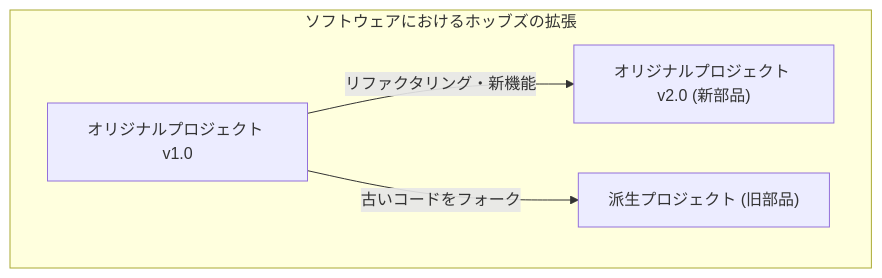
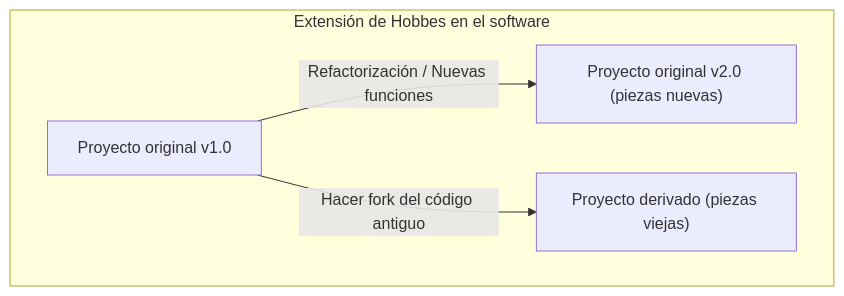
One commit to kenjinote/blog changed the fourth of 4 diagrams in content/post/ship-of-theseus/index.es.md. Above: the diagram before and after it, drawn with Mermaid. The commit also changed other lines of this file and 28 other files, not shown here.

Commit message:
Translate Japanese text inside Mermaid diagrams to respective languages

````diff
--- a/content/post/ship-of-theseus/index.es.md
+++ b/content/post/ship-of-theseus/index.es.md
@@ -139,7 +139,7 @@
 ```mermaid
 graph TD
-    subgraph "ソフトウェアにおけるホッブズの拡張"
-        A["オリジナルプロジェクト v1.0"] -->|"リファクタリング・新機能"| B["オリジナルプロジェクト v2.0 (新部品)"]
-        A -->|"古いコードをフォーク"| C["派生プロジェクト (旧部品)"]
+    subgraph "Extensión de Hobbes en el software"
+        A["Proyecto original v1.0"] -->|"Refactorización / Nuevas funciones"| B["Proyecto original v2.0 (piezas nuevas)"]
+        A -->|"Hacer fork del código antiguo"| C["Proyecto derivado (piezas viejas)"]
     end
 ```
````
